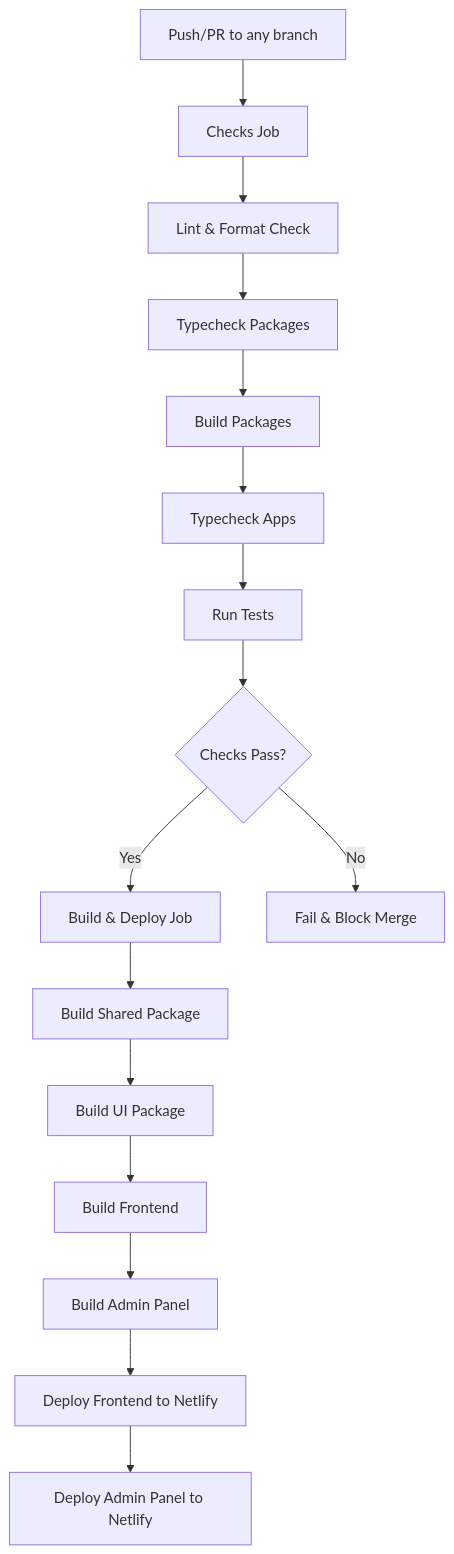
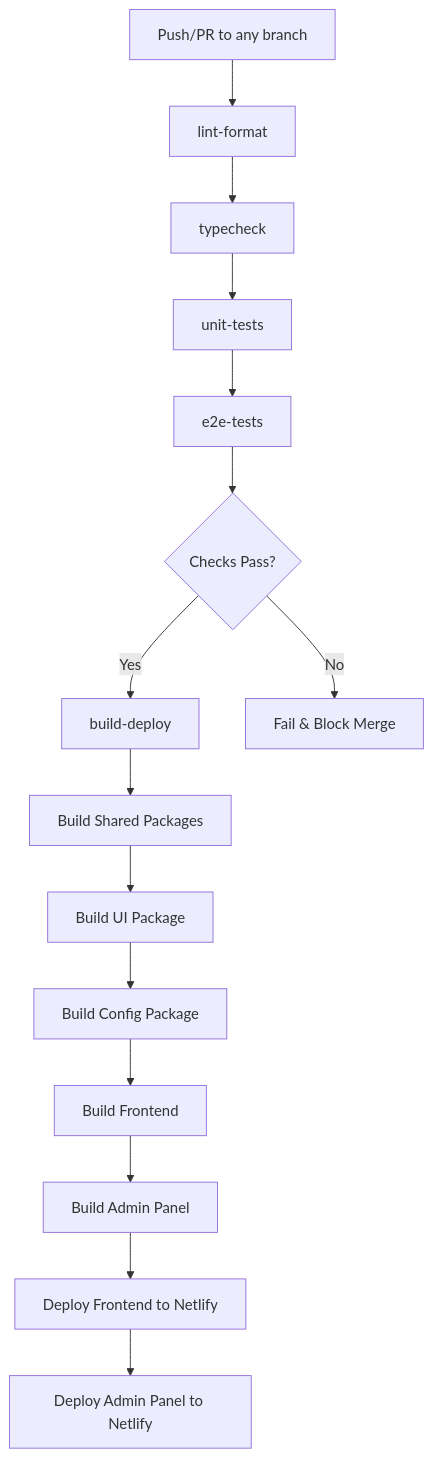
The diagram in docs/CI-CD.md (aj-kivimaki/jpx), drawn with Mermaid before and after one commit. The commit also changed other lines of this file and 19 other files, not shown here.

````diff
--- a/docs/CI-CD.md
+++ b/docs/CI-CD.md
@@ -11,20 +11,20 @@
 ```mermaid
 flowchart TD
-    A[Push/PR to any branch] --> B[Checks Job]
-    B --> C[Lint & Format Check]
-    C --> D[Typecheck Packages]
-    D --> E[Build Packages]
-    E --> F[Typecheck Apps]
-    F --> G[Run Tests]
-    G --> H{Checks Pass?}
+    A[Push/PR to any branch] --> B[lint-format]
+    B --> C[typecheck]
+    C --> D[unit-tests]
+    D --> E[e2e-tests]
 
-    H -->|Yes| I[Build & Deploy Job]
-    H -->|No| J[Fail & Block Merge]
+    E --> F{Checks Pass?}
 
-    I --> K[Build Shared Package]
-    K --> L[Build UI Package]
-    L --> M[Build Frontend]
-    M --> N[Build Admin Panel]
-    N --> O[Deploy Frontend to Netlify]
-    O --> P[Deploy Admin Panel to Netlify]
+    F -->|Yes| G[build-deploy]
+    F -->|No| H[Fail & Block Merge]
+
+    G --> I[Build Shared Packages]
+    I --> J[Build UI Package]
+    J --> K[Build Config Package]
+    K --> L[Build Frontend]
+    L --> M[Build Admin Panel]
+    M --> N[Deploy Frontend to Netlify]
+    N --> O[Deploy Admin Panel to Netlify]
 ```
````
